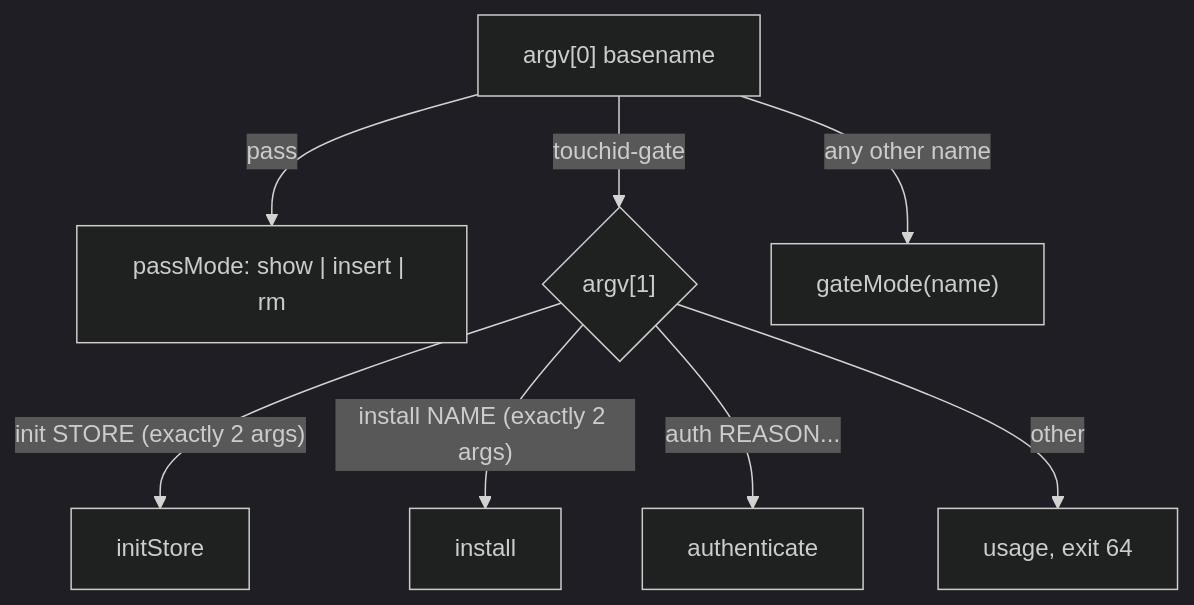
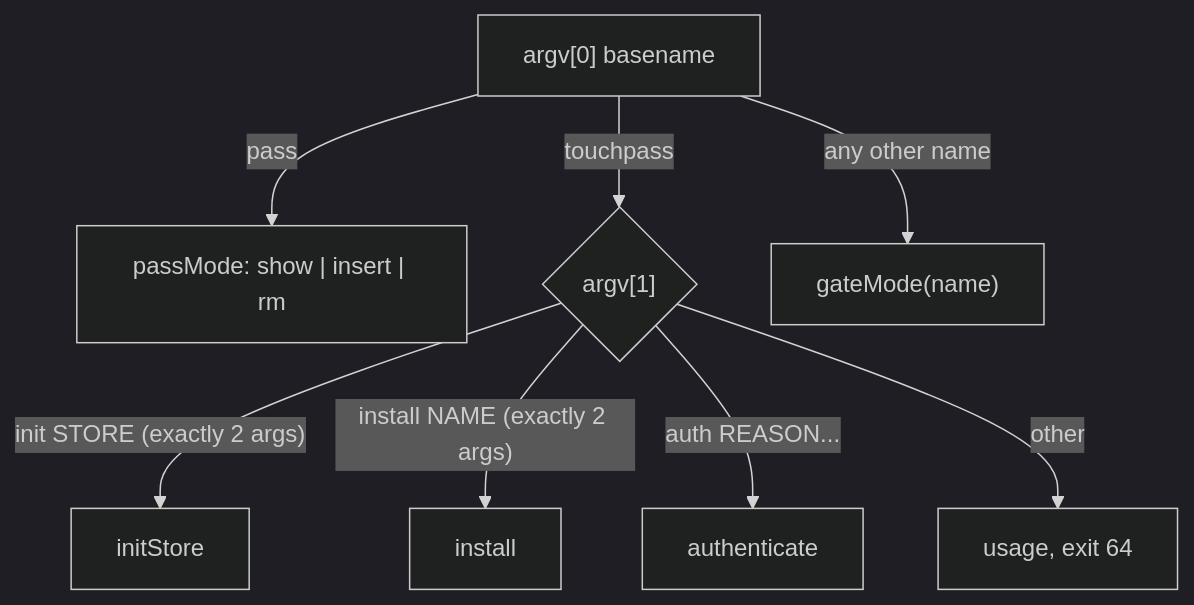
One commit to saefty/touchid-gate changed the second of 4 diagrams in docs/ARCHITECTURE.md. Above: the diagram before and after it, drawn with Mermaid (dark theme). The commit also changed other lines of this file and 12 other files, not shown here.

````diff
--- a/docs/ARCHITECTURE.md
+++ b/docs/ARCHITECTURE.md
@@ -47,10 +47,10 @@
 ```mermaid
 flowchart TD
   A["argv[0] basename"] -->|pass| P["passMode: show | insert | rm"]
-  A -->|touchid-gate| T{"argv[1]"}
+  A -->|touchpass| T{"argv[1]"}
   T -->|"init STORE (exactly 2 args)"| I[initStore]
   T -->|"install NAME (exactly 2 args)"| N[install]
   T -->|"auth REASON..."| U[authenticate]
   T -->|other| X["usage, exit 64"]
   A -->|"any other name"| G["gateMode(name)"]
 ```
````
